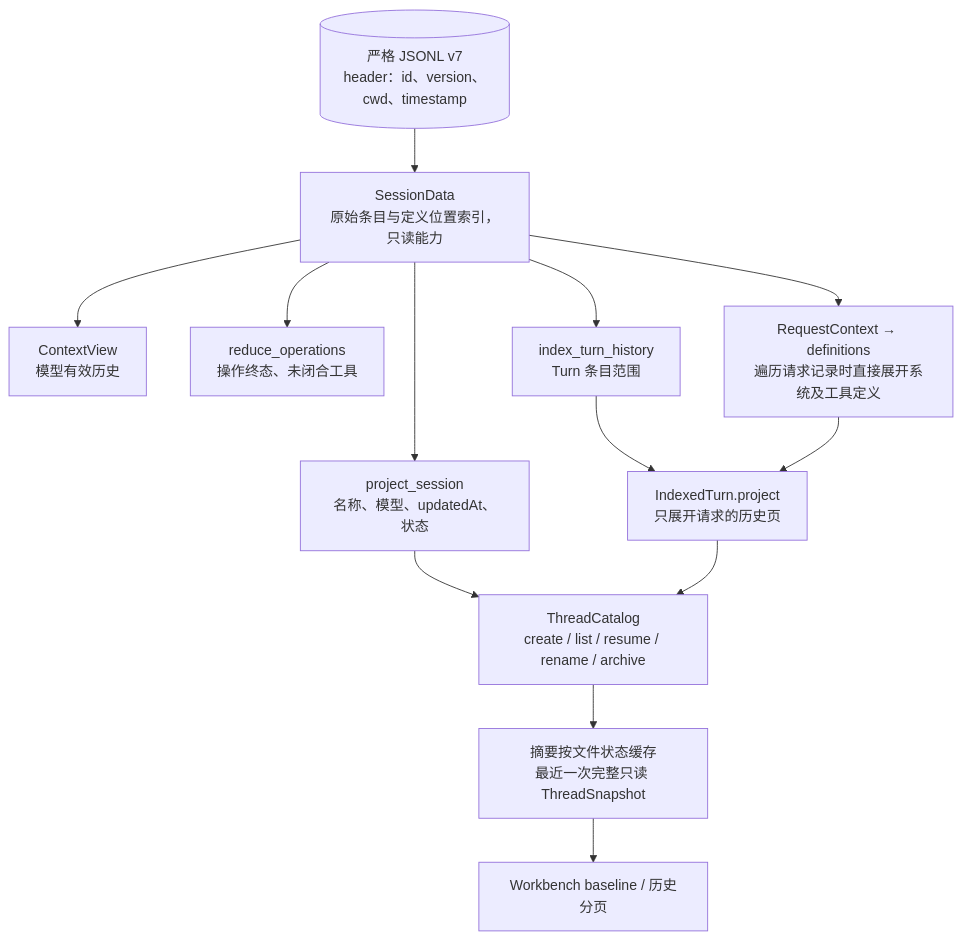
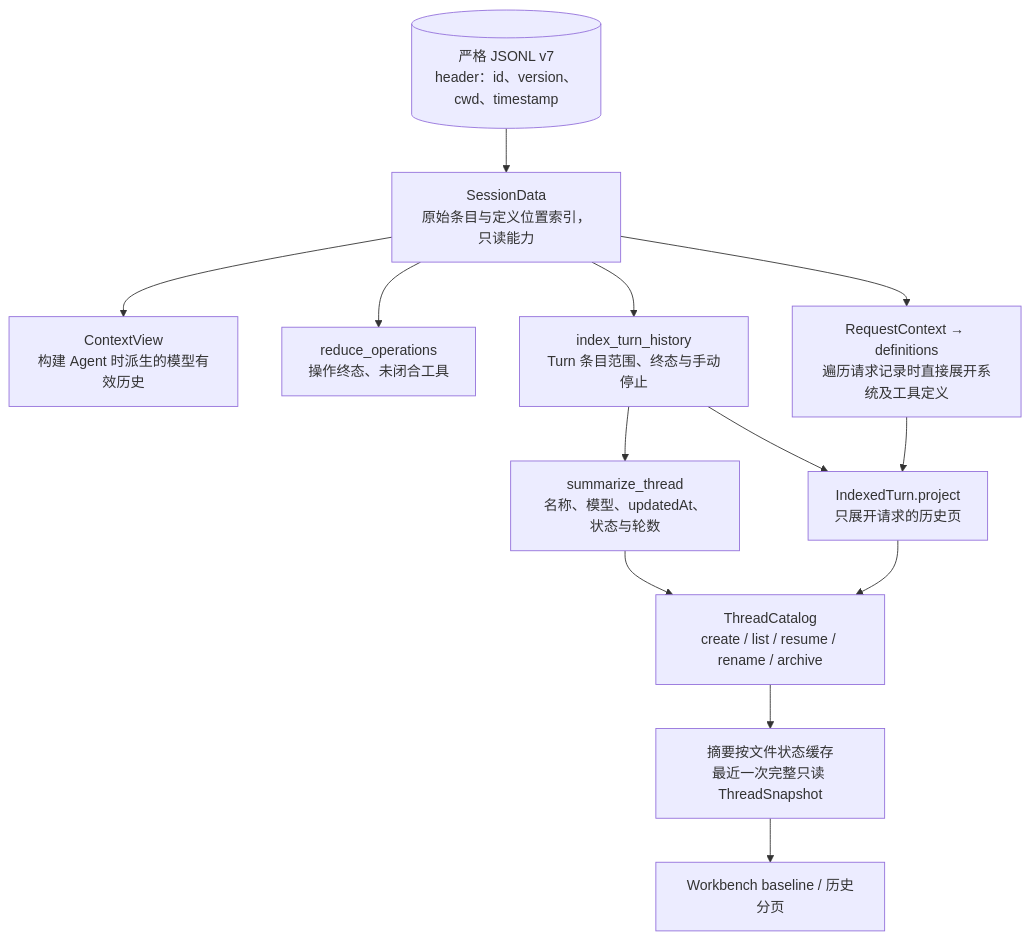
Diagram 27 of 29 in docs/singularity.md (qjcnmd/singularity-agent), drawn with Mermaid before and after one commit. The commit also changed other lines of this file and 12 other files, not shown here.

````diff
--- a/docs/singularity.md
+++ b/docs/singularity.md
@@ -716,16 +716,16 @@
 ```mermaid
 flowchart TB
     JSONL[("严格 JSONL v7<br/>header：id、version、cwd、timestamp")]
     JSONL --> Data["SessionData<br/>原始条目与定义位置索引，只读能力"]
-    Data --> Context["ContextView<br/>模型有效历史"]
+    Data --> Context["ContextView<br/>构建 Agent 时派生的模型有效历史"]
     Data --> Operations["reduce_operations<br/>操作终态、未闭合工具"]
-    Data --> Summary["project_session<br/>名称、模型、updatedAt、状态"]
-    Data --> Turns["index_turn_history<br/>Turn 条目范围"]
+    Data --> Turns["index_turn_history<br/>Turn 条目范围、终态与手动停止"]
+    Turns --> Summary["summarize_thread<br/>名称、模型、updatedAt、状态与轮数"]
     Turns --> Page["IndexedTurn.project<br/>只展开请求的历史页"]
     Data --> Requests["RequestContext → definitions<br/>遍历请求记录时直接展开系统及工具定义"]
     Summary --> Catalog["ThreadCatalog<br/>create / list / resume / rename / archive"]
     Page --> Catalog
     Requests --> Page
     Catalog --> Cache["摘要按文件状态缓存<br/>最近一次完整只读 ThreadSnapshot"]
     Cache --> WB["Workbench baseline / 历史分页"]
 ```
````
